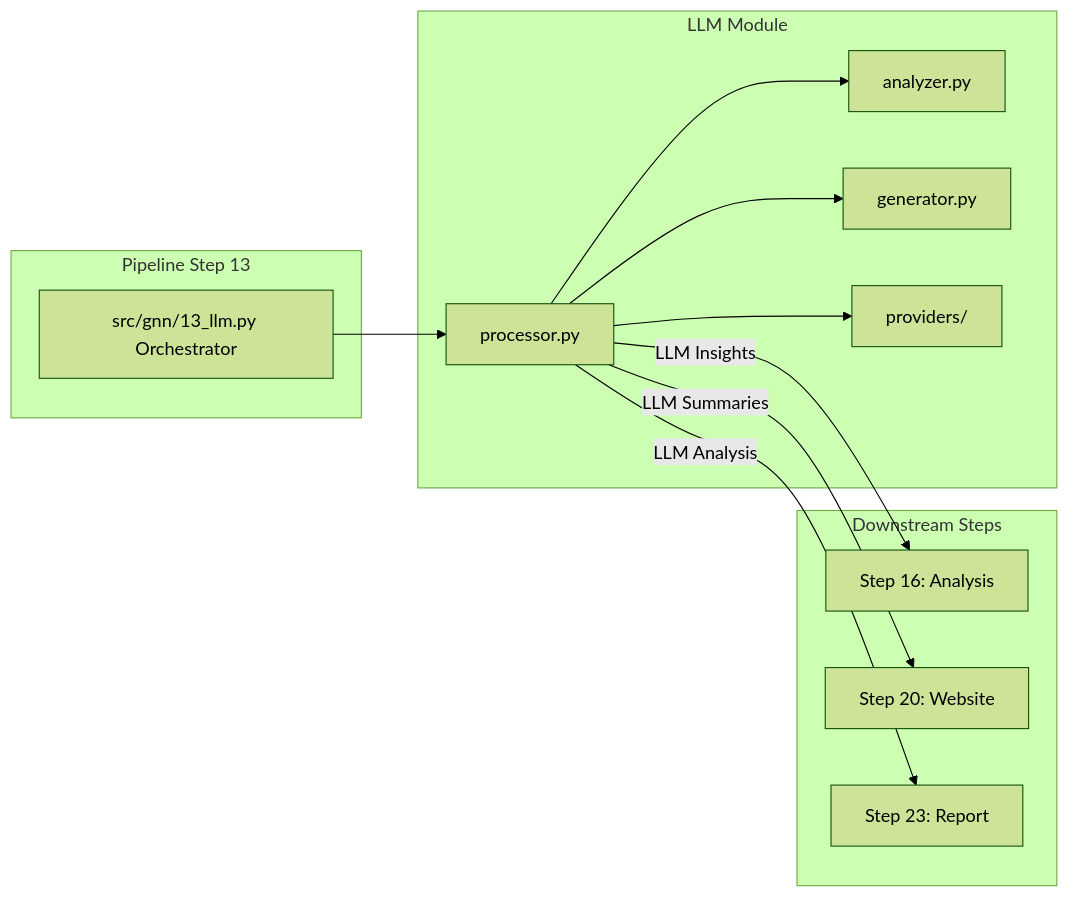
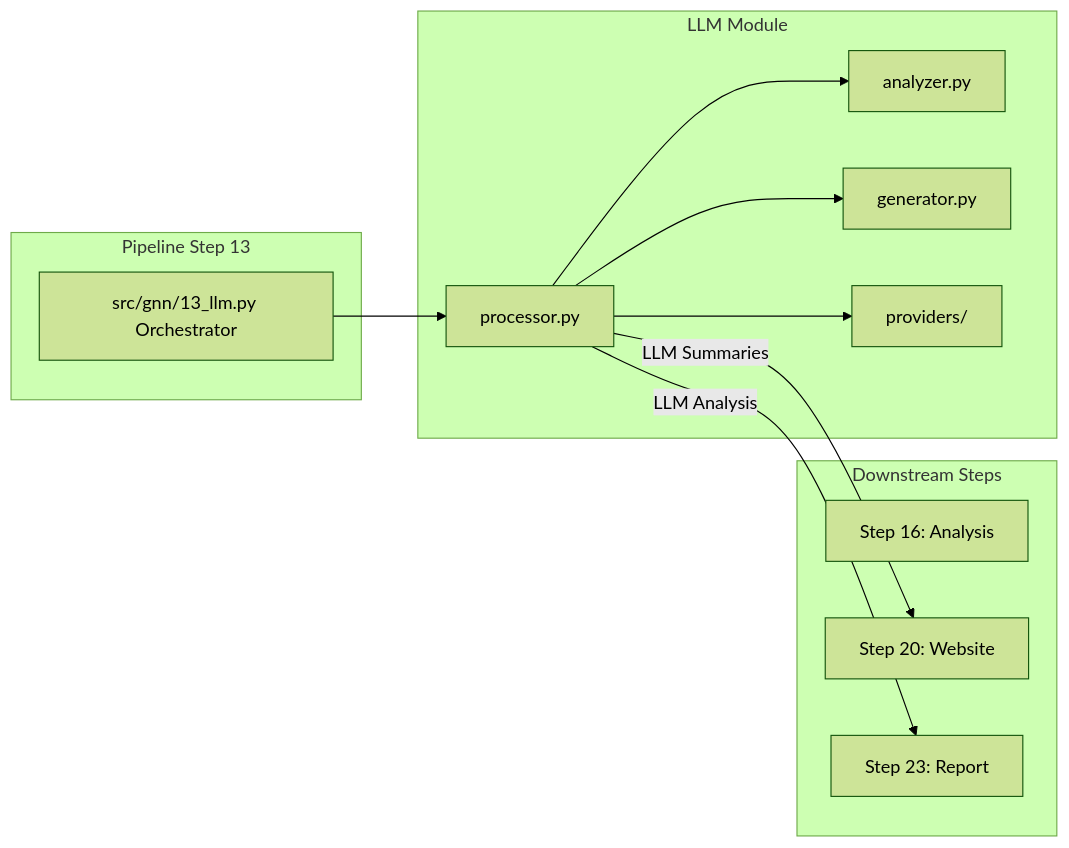
One commit to ActiveInferenceInstitute/GeneralizedNotationNotation changed the third of 4 diagrams in src/gnn/llm/README.md. Above: the diagram before and after it, drawn with Mermaid (forest theme). The commit also changed 29 other files, not shown here.

First line of the commit message:
docs: correct pipeline data-dependency graphs to runtime artifact flow

````diff
--- a/src/gnn/llm/README.md
+++ b/src/gnn/llm/README.md
@@ -108,28 +108,27 @@
 ```mermaid
 flowchart LR
     subgraph "Pipeline Step 13"
         Step13[src/gnn/13_llm.py Orchestrator]
     end
     
     subgraph "LLM Module"
         Processor[processor.py]
         Analyzer[analyzer.py]
         Generator[generator.py]
         Providers[providers/]
     end
     
     subgraph "Downstream Steps"
         Step16[Step 16: Analysis]
         Step20[Step 20: Website]
         Step23[Step 23: Report]
     end
     
     Step13 --> Processor
     Processor --> Analyzer
     Processor --> Generator
     Processor --> Providers
     
-    Processor -->|LLM Insights| Step16
     Processor -->|LLM Summaries| Step20
     Processor -->|LLM Analysis| Step23
 ```
````
